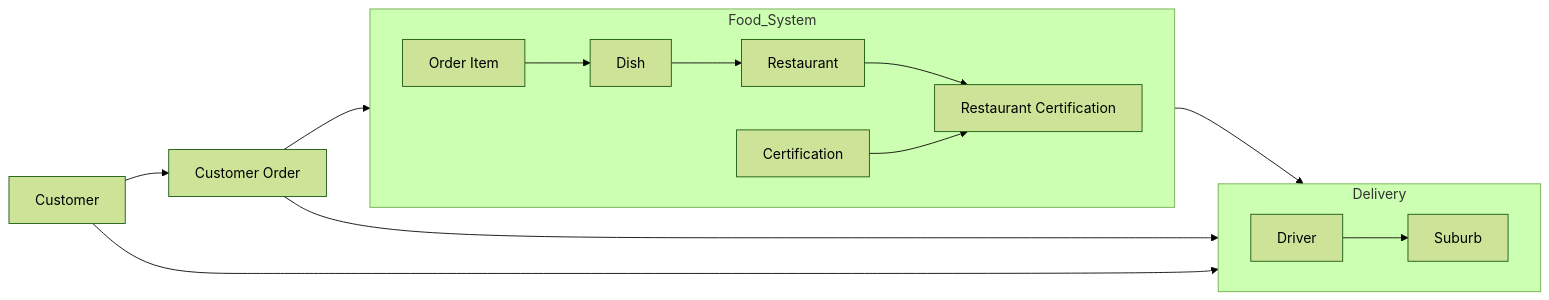
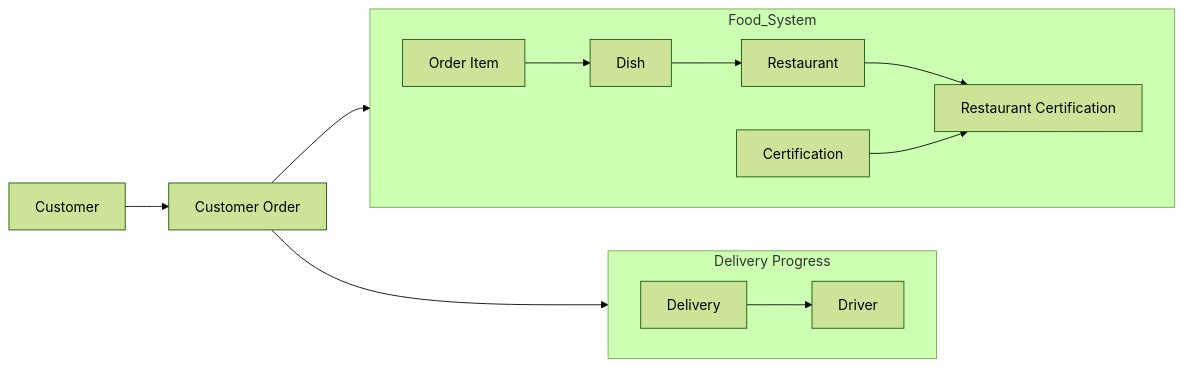
Before and after one commit to NosrevytsNg/Relational-Design-SQL-Implementation-Food-Delivery-Database-System: the second of 2 diagrams in README.md, drawn with Mermaid (forest theme).

Commit message:
update database structure flowchart

````diff
--- a/README.md
+++ b/README.md
@@ -68,35 +68,33 @@
 ```mermaid
 flowchart LR
 
 Customer[Customer]
 Order[Customer Order]
 
 %% Upper section (Driver chain)
-subgraph Delivery
+subgraph Delivery Progress
 direction LR
 Driver[Driver]
-Suburb[Suburb]
-Driver --> Suburb
+Delivery[Delivery]
+Delivery --> Driver
 end
 
 %% Lower section (Food chain)
 subgraph Food_System
 direction LR
 OrderItem[Order Item]
 Dish[Dish]
 Restaurant[Restaurant]
 Certification[Certification]
 RestaurantCertification[Restaurant Certification]
 
 OrderItem --> Dish
 Dish --> Restaurant
 Restaurant --> RestaurantCertification
 Certification --> RestaurantCertification
 end
 
 Customer --> Order
 Order --> OrderItem
 Order --> Driver
-Customer --> Suburb
-Restaurant --> Suburb
 ```
````
